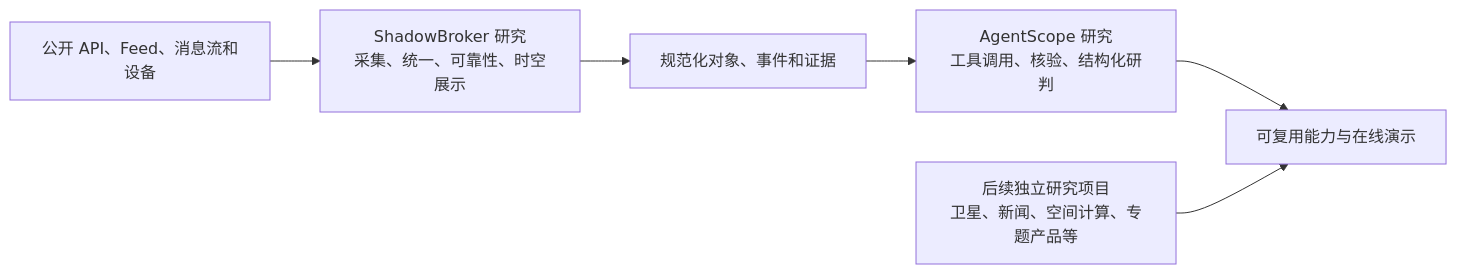
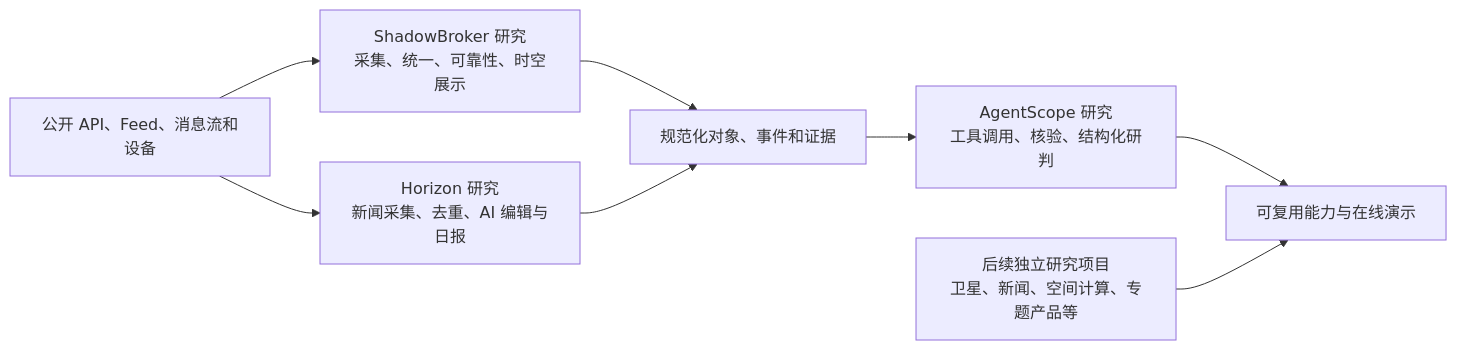
The diagram in README.md (yydshly/0807_githubcode_study), drawn with Mermaid before and after one commit. The commit also changed other lines of this file and 15 other files, not shown here.

````diff
--- a/README.md
+++ b/README.md
@@ -22,11 +23,13 @@
 ```mermaid
 flowchart LR
     A["公开 API、Feed、消息流和设备"]
     B["ShadowBroker 研究<br/>采集、统一、可靠性、时空展示"]
+    H["Horizon 研究<br/>新闻采集、去重、AI 编辑与日报"]
     C["规范化对象、事件和证据"]
     D["AgentScope 研究<br/>工具调用、核验、结构化研判"]
     F["后续独立研究项目<br/>卫星、新闻、空间计算、专题产品等"]
     E["可复用能力与在线演示"]
     A --> B --> C --> D --> E
+    A --> H --> C
     F --> E
 ```
````
